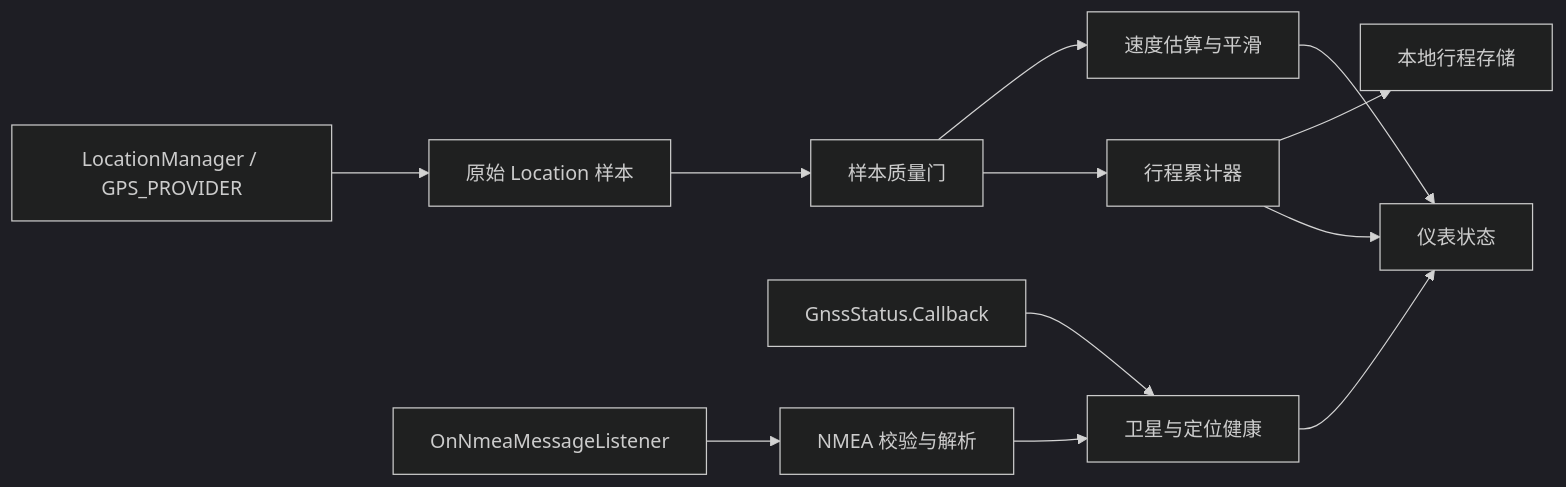
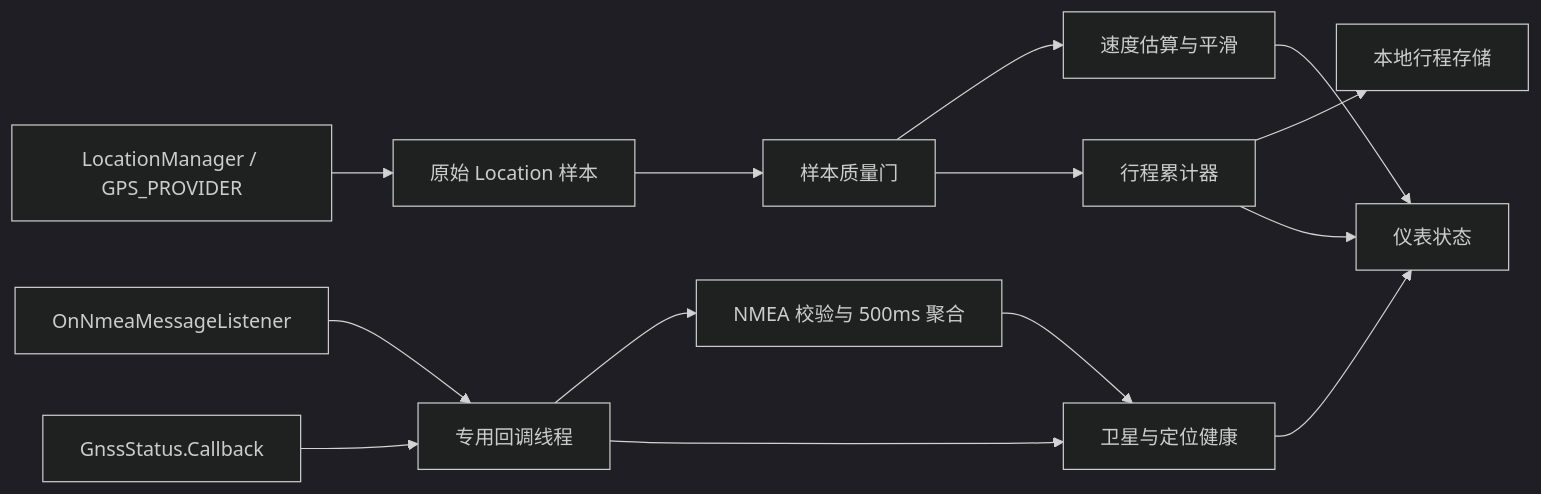
One commit to lonnnnnng/cargps-mobile changed the diagram in docs/technical-design.md. Above: the diagram before and after it, drawn with Mermaid (dark theme). The commit also changed other lines of this file and 32 other files, not shown here.

````diff
--- a/docs/technical-design.md
+++ b/docs/technical-design.md
@@ -17,14 +19,16 @@
 ```mermaid
 flowchart LR
     LM["LocationManager / GPS_PROVIDER"] --> LS["原始 Location 样本"]
-    NM["OnNmeaMessageListener"] --> NP["NMEA 校验与解析"]
-    GS["GnssStatus.Callback"] --> GH["卫星与定位健康"]
+    NM["OnNmeaMessageListener"] --> BG["专用回调线程"]
+    GS["GnssStatus.Callback"] --> BG
+    BG --> NP["NMEA 校验与 500ms 聚合"]
+    BG --> GH["卫星与定位健康"]
     LS --> QG["样本质量门"]
     QG --> SE["速度估算与平滑"]
     QG --> TA["行程累计器"]
     NP --> GH
     SE --> VM["仪表状态"]
     TA --> DB["本地行程存储"]
     TA --> VM
     GH --> VM
 ```
````
